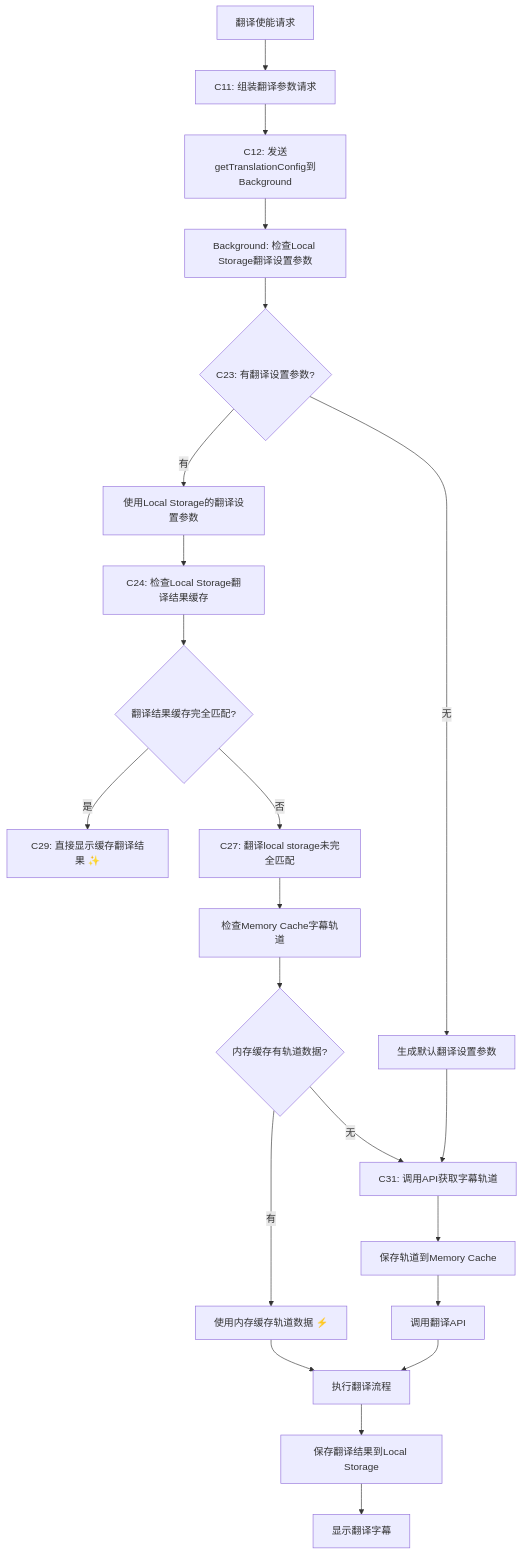
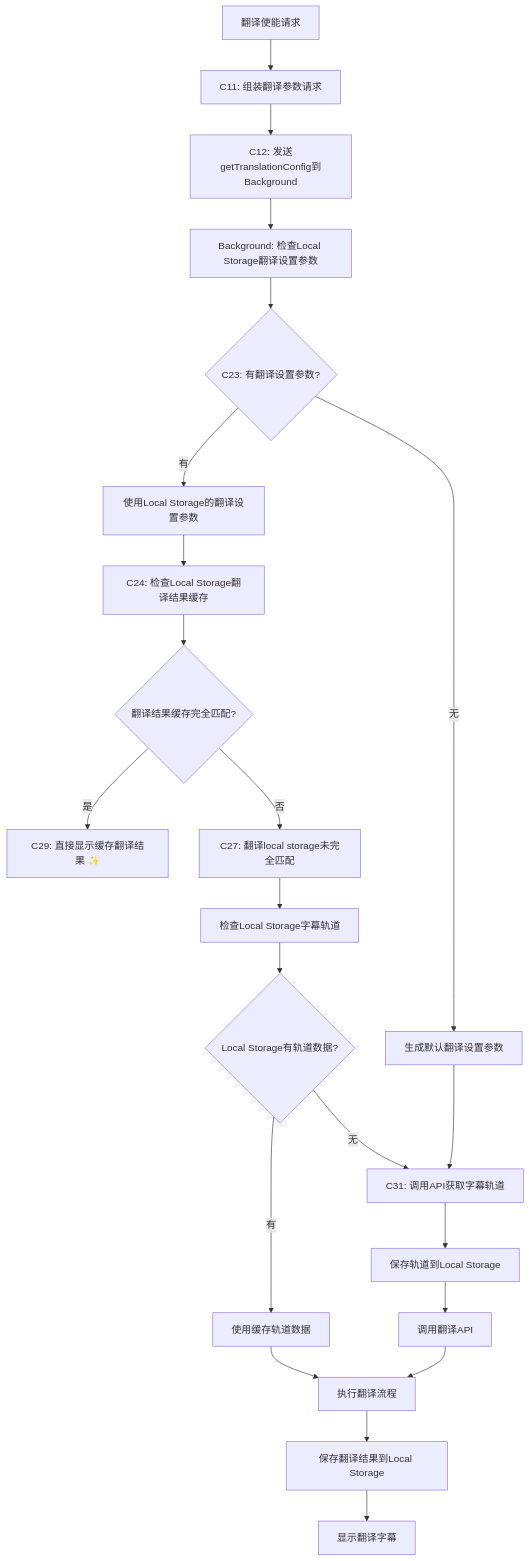
Before and after one commit to igetang/youtube-subtitle-translator: the fourth of 4 diagrams in docs/architecture/01-design-principles.md, drawn with Mermaid. The commit also changed other lines of this file and 201 other files, not shown here.

````diff
--- a/docs/architecture/01-design-principles.md
+++ b/docs/architecture/01-design-principles.md
@@ -1347,34 +1427,34 @@
 ```mermaid
 flowchart TD
     A[翻译使能请求] --> B[C11: 组装翻译参数请求]
     B --> C[C12: 发送getTranslationConfig到Background]
     C --> D[Background: 检查Local Storage翻译设置参数]
     D --> E{C23: 有翻译设置参数?}
     
     E -->|有| F[使用Local Storage的翻译设置参数]
     E -->|无| G[生成默认翻译设置参数]
     
     F --> H[C24: 检查Local Storage翻译结果缓存]
     H --> I{翻译结果缓存完全匹配?}
     
     I -->|是| J[C29: 直接显示缓存翻译结果 ✨]
     I -->|否| K[C27: 翻译local storage未完全匹配]
     
-    %% 🔥 有设置参数时检查Memory Cache
-    K --> L[检查Memory Cache字幕轨道]
-    L --> M{内存缓存有轨道数据?}
-    M -->|有| N[使用内存缓存轨道数据 ⚡]
+    %% 🔥 有设置参数时检查Local Storage
+    K --> L[检查Local Storage字幕轨道]
+    L --> M{Local Storage有轨道数据?}
+    M -->|有| N[使用缓存轨道数据]
     M -->|无| O[C31: 调用API获取字幕轨道]
     
     %% �� 无设置参数直接调用API
     G --> O
     
     %% 🔥 关键点：O有两个来源，都需要执行翻译流程
     N --> P[执行翻译流程]
-    O --> Q[保存轨道到Memory Cache]
+    O --> Q[保存轨道到Local Storage]
     Q --> R[调用翻译API]
     R --> P
     
     P --> S[保存翻译结果到Local Storage]
     S --> T[显示翻译字幕]
 ```
````
